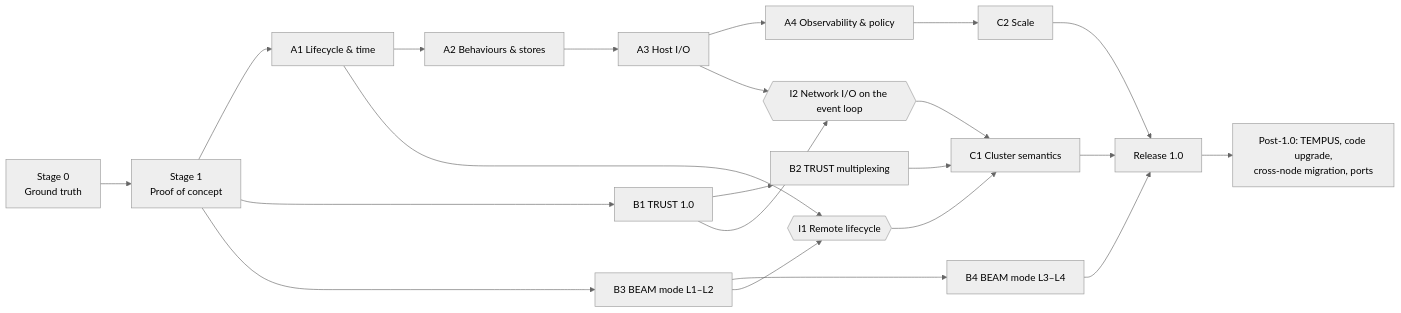
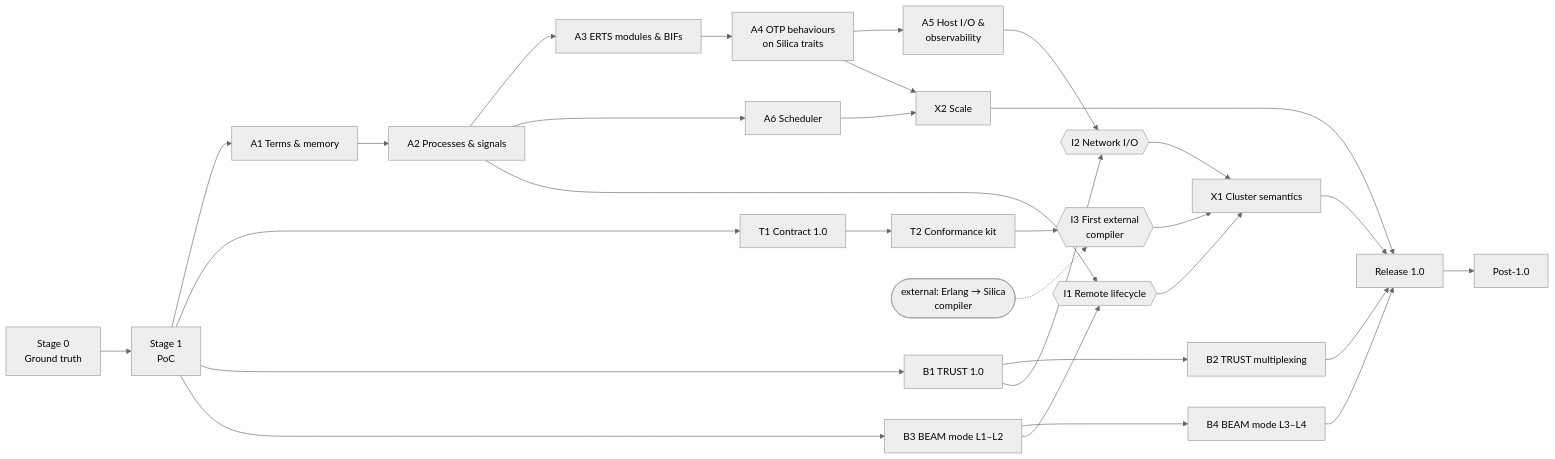
Before and after one commit to yenrab/project-bees: the second of 2 diagrams in development-plan/roadmap.md, drawn with Mermaid (neutral theme). The commit also changed other lines of this file and 4 other files, not shown here.

````diff
--- a/development-plan/roadmap.md
+++ b/development-plan/roadmap.md
@@ -124,19 +188,25 @@
 ```mermaid
 graph LR
-  M0[Stage 0<br/>Ground truth] --> M1[Stage 1<br/>Proof of concept]
-  M1 --> A1[A1 Lifecycle & time] --> A2[A2 Behaviours & stores] --> A3[A3 Host I/O] --> A4[A4 Observability & policy]
+  M0[Stage 0<br/>Ground truth] --> M1[Stage 1<br/>PoC]
+  M1 --> A1[A1 Terms & memory] --> A2[A2 Processes & signals] --> A3[A3 ERTS modules & BIFs] --> A4[A4 OTP behaviours<br/>on Silica traits] --> A5[A5 Host I/O &<br/>observability]
+  A2 --> A6[A6 Scheduler]
+  M1 --> T1[T1 Contract 1.0] --> T2[T2 Conformance kit]
   M1 --> B1[B1 TRUST 1.0] --> B2[B2 TRUST multiplexing]
   M1 --> B3[B3 BEAM mode L1–L2] --> B4[B4 BEAM mode L3–L4]
-  A1 --> I1{{I1 Remote lifecycle}}
+  A2 --> I1{{I1 Remote lifecycle}}
   B3 --> I1
-  A3 --> I2{{I2 Network I/O on the event loop}}
+  A5 --> I2{{I2 Network I/O}}
   B1 --> I2
-  I1 --> C1[C1 Cluster semantics]
-  I2 --> C1
-  B2 --> C1
-  A4 --> C2[C2 Scale]
-  C1 --> R1[Release 1.0]
-  C2 --> R1
+  T2 --> I3{{I3 First external<br/>compiler}}
+  EXT([external: Erlang → Silica<br/>compiler]) -.-> I3
+  I1 --> X1[X1 Cluster semantics]
+  I2 --> X1
+  I3 --> X1
+  A6 --> X2[X2 Scale]
+  A4 --> X2
+  X1 --> R1[Release 1.0]
+  X2 --> R1
+  B2 --> R1
   B4 --> R1
-  R1 --> P[Post-1.0: TEMPUS, code upgrade,<br/>cross-node migration, ports]
+  R1 --> P[Post-1.0]
 ```
````
